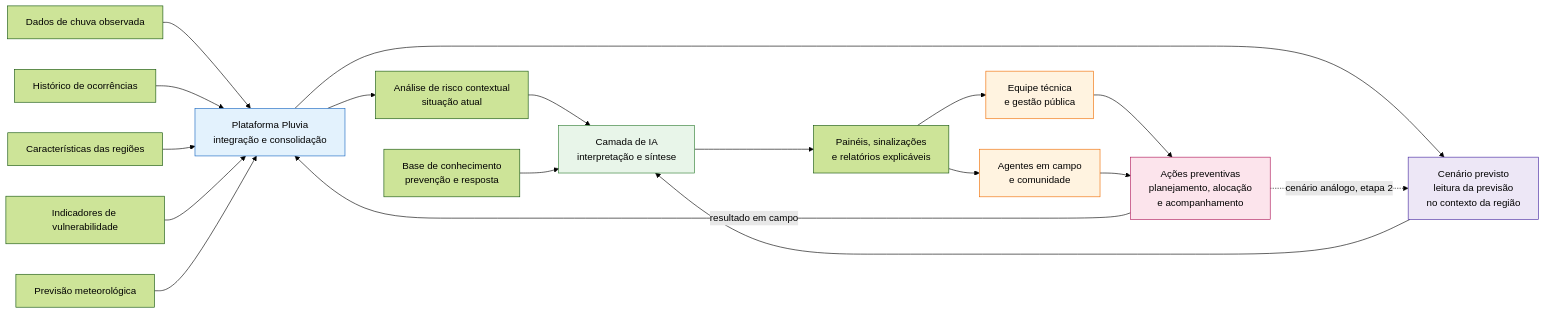
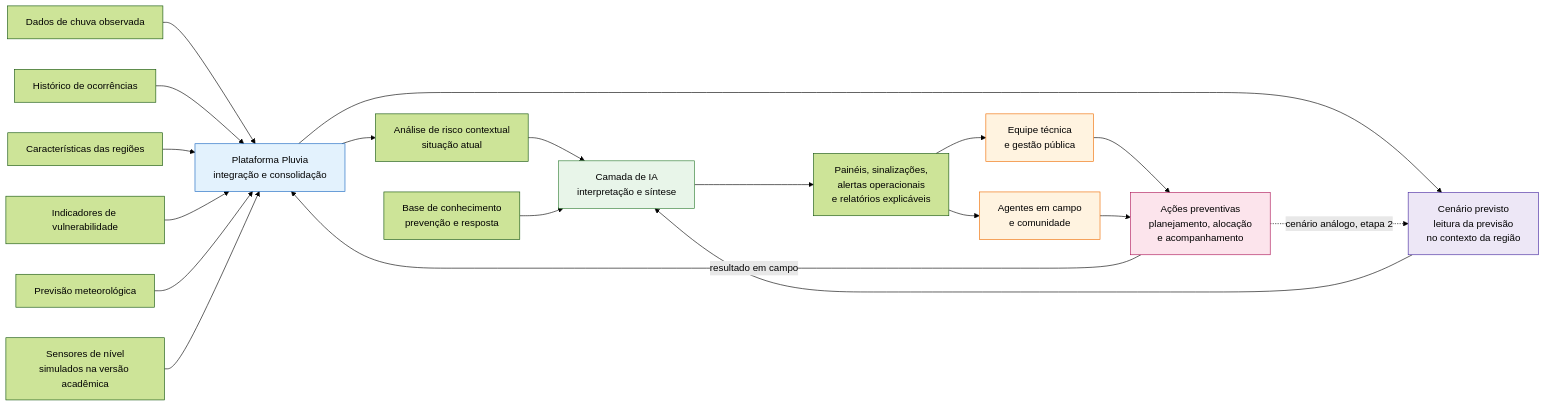
The diagram in README.md (AugustoFernandesc/pluvia), drawn with Mermaid (forest theme) before and after one commit. The commit also changed other lines of this file, not shown here.

````diff
--- a/README.md
+++ b/README.md
@@ -114,38 +130,40 @@
 ```mermaid
 flowchart LR
     A1[Dados de chuva observada]
     A2[Histórico de ocorrências]
     A3[Características das regiões]
     A4[Indicadores de vulnerabilidade]
     A5[Previsão meteorológica]
+    A6["Sensores de nível<br/>simulados na versão acadêmica"]
 
     A1 --> P
     A2 --> P
     A3 --> P
     A4 --> P
     A5 --> P
+    A6 --> P
 
     P[Plataforma Pluvia<br/>integração e consolidação]
     P --> R[Análise de risco contextual<br/>situação atual]
     P --> C[Cenário previsto<br/>leitura da previsão<br/>no contexto da região]
     R --> IA
     C --> IA
     BC[Base de conhecimento<br/>prevenção e resposta] --> IA
     IA[Camada de IA<br/>interpretação e síntese]
 
-    IA --> S[Painéis, sinalizações<br/>e relatórios explicáveis]
+    IA --> S[Painéis, sinalizações,<br/>alertas operacionais<br/>e relatórios explicáveis]
     S --> D1[Equipe técnica<br/>e gestão pública]
     S --> D2[Agentes em campo<br/>e comunidade]
 
     D1 --> AP[Ações preventivas<br/>planejamento, alocação<br/>e acompanhamento]
     D2 --> AP
     AP -->|resultado em campo| P
     AP -.->|cenário análogo, etapa 2| C
 
     style P fill:#e3f2fd,stroke:#1565c0
     style C fill:#ede7f6,stroke:#4527a0
     style IA fill:#e8f5e9,stroke:#2e7d32
     style D1 fill:#fff3e0,stroke:#ef6c00
     style D2 fill:#fff3e0,stroke:#ef6c00
     style AP fill:#fce4ec,stroke:#ad1457
 ```
````
